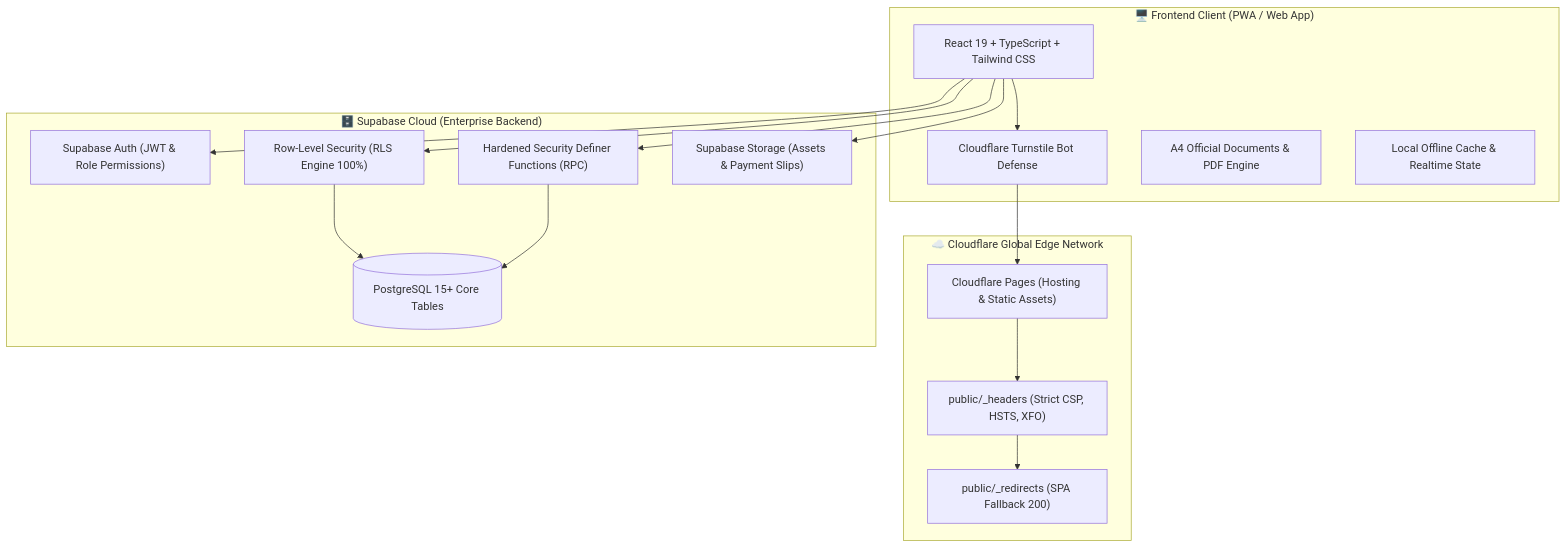
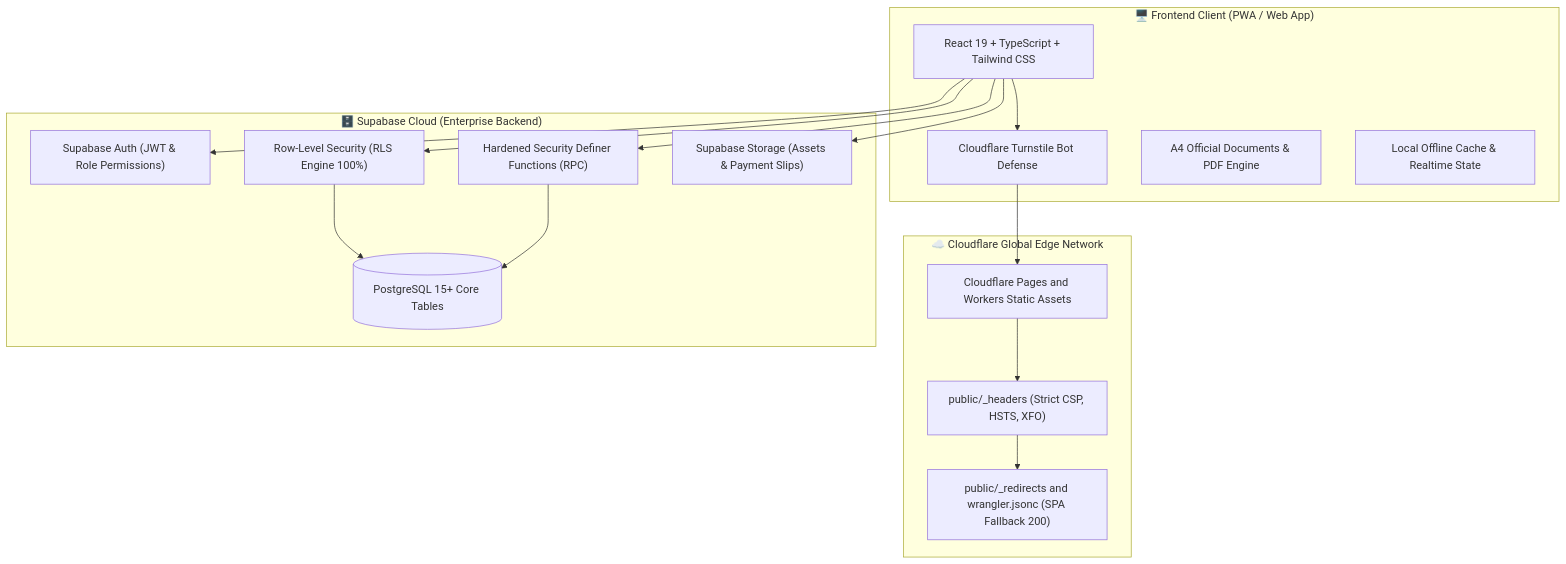
Before and after one commit to HM186812/AvatrAutoService: the first of 3 diagrams in docs/handover/MASTER_SYSTEM_HANDBOOK.md, drawn with Mermaid. The commit also changed other lines of this file and 22 other files, not shown here.

Commit message:
docs(handover): align handbook with Cloudflare Workers assets, document RPC limits, and add POS E2E test

````diff
--- a/docs/handover/MASTER_SYSTEM_HANDBOOK.md
+++ b/docs/handover/MASTER_SYSTEM_HANDBOOK.md
@@ -31,30 +31,30 @@
 ```mermaid
 flowchart TB
     subgraph ClientLayer["🖥️ Frontend Client (PWA / Web App)"]
         UI["React 19 + TypeScript + Tailwind CSS"]
         Turnstile["Cloudflare Turnstile Bot Defense"]
         PrintEngine["A4 Official Documents & PDF Engine"]
         Cache["Local Offline Cache & Realtime State"]
     end
 
     subgraph CloudflareEdge["☁️ Cloudflare Global Edge Network"]
-        CFPages["Cloudflare Pages (Hosting & Static Assets)"]
+        CFPages["Cloudflare Pages and Workers Static Assets"]
         CFHeaders["public/_headers (Strict CSP, HSTS, XFO)"]
-        CFRedirects["public/_redirects (SPA Fallback 200)"]
+        CFRedirects["public/_redirects and wrangler.jsonc (SPA Fallback 200)"]
     end
 
     subgraph SupabaseCloud["🗄️ Supabase Cloud (Enterprise Backend)"]
         Auth["Supabase Auth (JWT & Role Permissions)"]
         RLS["Row-Level Security (RLS Engine 100%)"]
         DB[(PostgreSQL 15+ Core Tables)]
         RPC["Hardened Security Definer Functions (RPC)"]
         Storage["Supabase Storage (Assets & Payment Slips)"]
     end
 
     UI --> Turnstile --> CFPages
     CFPages --> CFHeaders --> CFRedirects
     UI --> Auth
     UI --> RLS --> DB
     UI --> RPC --> DB
     UI --> Storage
 ```
````
